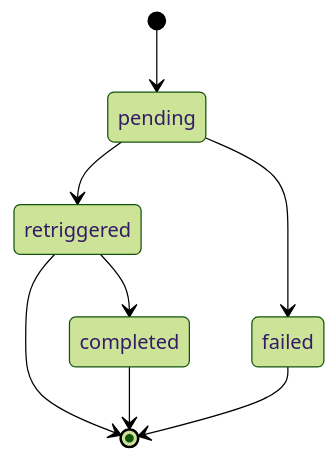
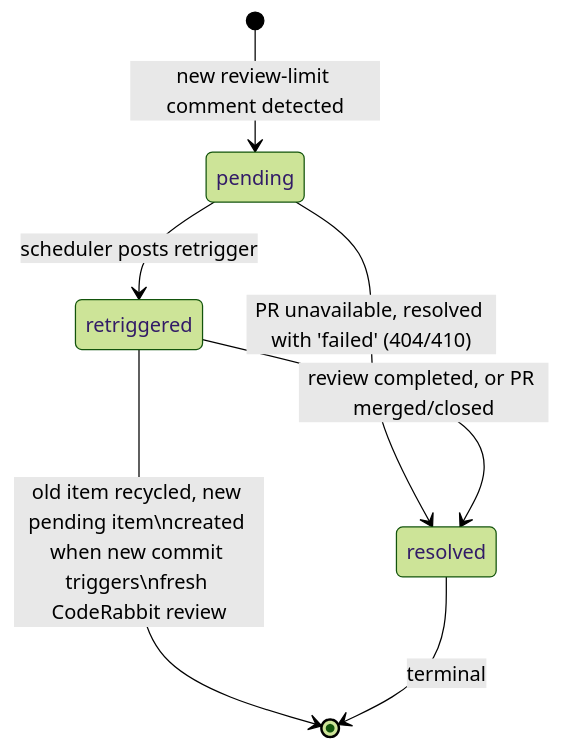
Before and after one commit to couimet/rabbit-maximizer: the diagram in docs/queue-status.md, drawn with Mermaid (forest theme). The commit also changed other lines of this file and 35 other files, not shown here.

````diff
--- a/docs/queue-status.md
+++ b/docs/queue-status.md
@@ -5,10 +5,9 @@
 ```mermaid
 stateDiagram-v2
-    [*] --> pending
-    pending --> retriggered
-    pending --> failed
-    retriggered --> completed
-    retriggered --> [*]
-    completed --> [*]
-    failed --> [*]
+    [*] --> pending: new review-limit comment detected
+    pending --> retriggered: scheduler posts retrigger
+    pending --> resolved: PR unavailable, resolved with 'failed' (404/410)
+    retriggered --> resolved: review completed, or PR merged/closed
+    retriggered --> [*]: old item recycled, new pending item\ncreated when new commit triggers\nfresh CodeRabbit review
+    resolved --> [*]: terminal
 ```
````
